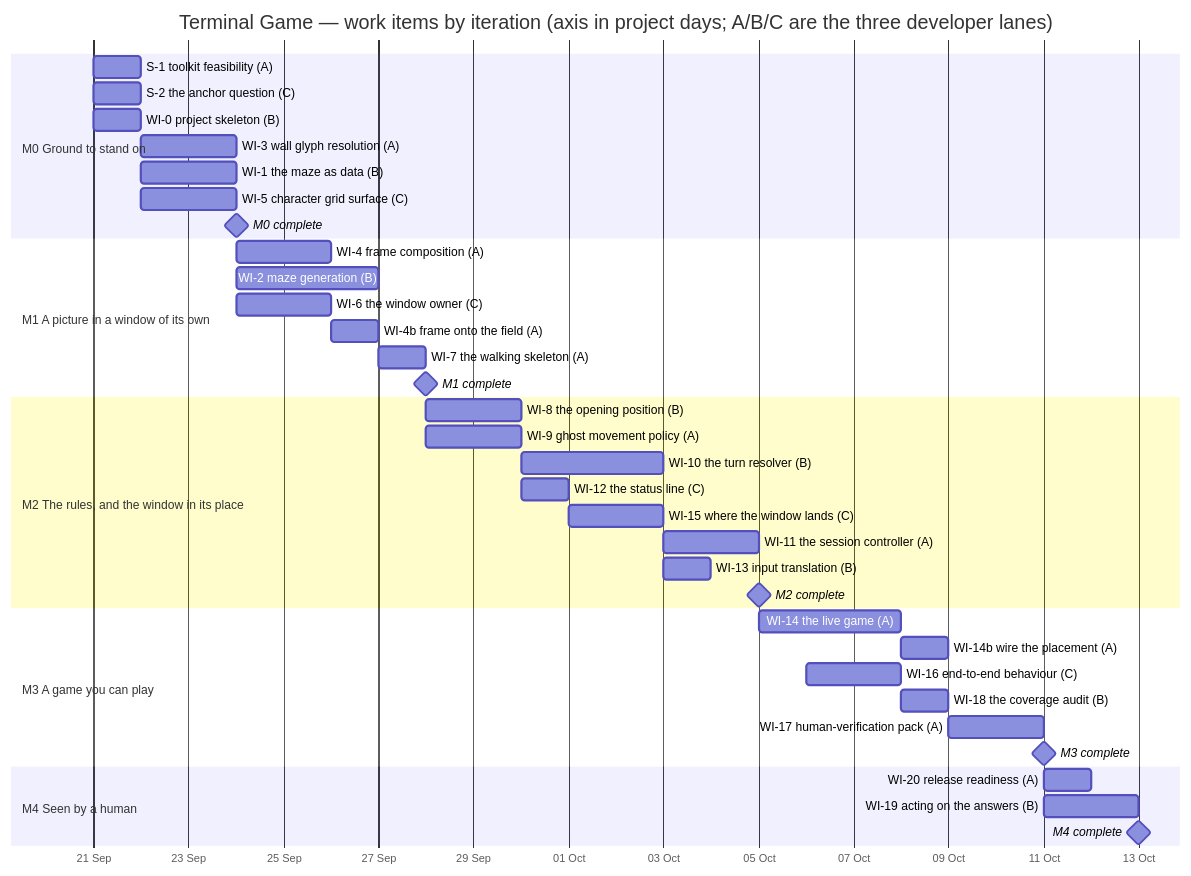
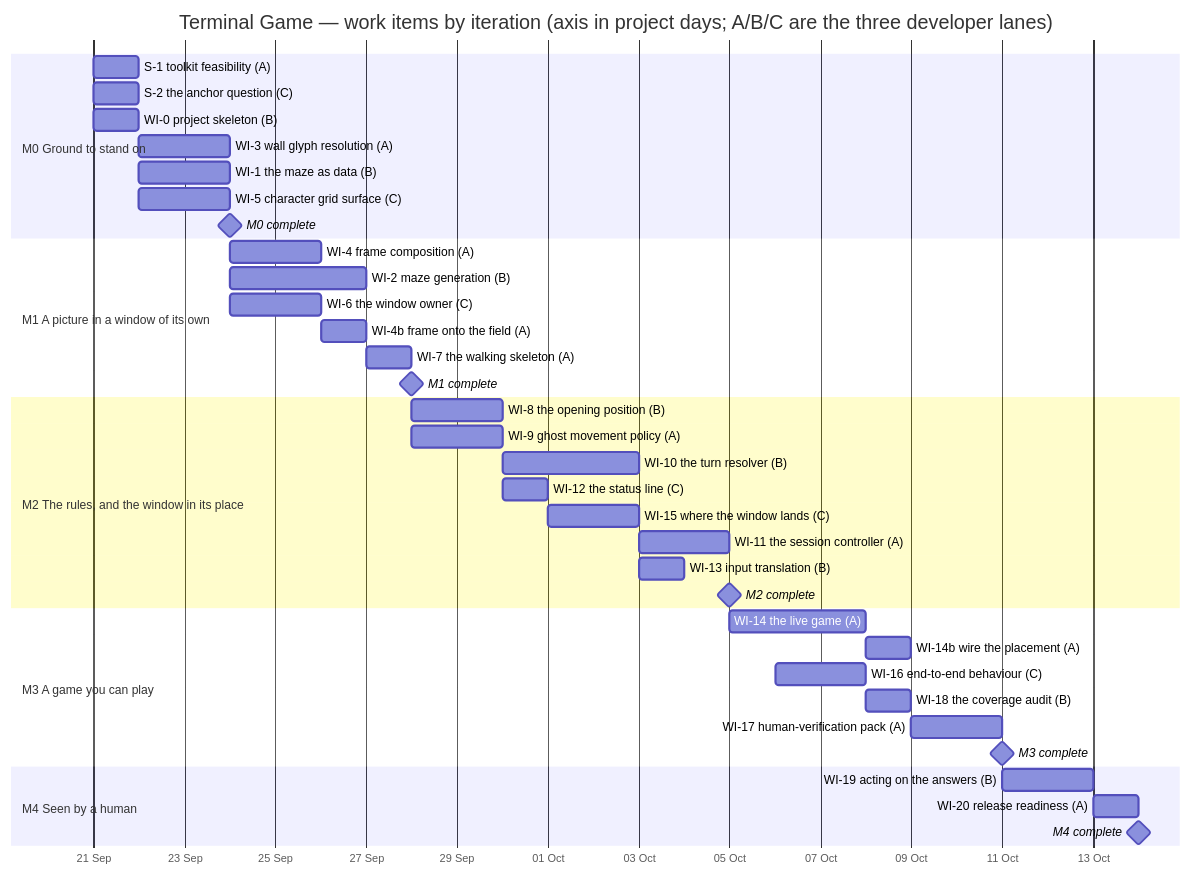
One commit to replicant1/NewTerminalGame changed the first of 2 diagrams in docs/IMPLEMENTATION_PLAN.md. Above: the diagram before and after it, drawn with Mermaid. The commit also changed other lines of this file and 1 other file, not shown here.

````diff
--- a/docs/IMPLEMENTATION_PLAN.md
+++ b/docs/IMPLEMENTATION_PLAN.md
@@ -1155,46 +1167,46 @@
 ```mermaid
 gantt
   title Terminal Game — work items by iteration (axis in project days; A/B/C are the three developer lanes)
   dateFormat YYYY-MM-DD
   axisFormat %d %b
 
   section M0 Ground to stand on
   S-1  toolkit feasibility (A)      :s1,   2026-09-21, 1d
   S-2  the anchor question (C)      :s2,   2026-09-21, 1d
   WI-0 project skeleton (B)         :wi0,  2026-09-21, 1d
   WI-3 wall glyph resolution (A)    :wi3,  2026-09-22, 2d
   WI-1 the maze as data (B)         :wi1,  2026-09-22, 2d
   WI-5 character grid surface (C)   :wi5,  2026-09-22, 2d
   M0 complete                       :milestone, m0, 2026-09-24, 0d
 
   section M1 A picture in a window of its own
   WI-4 frame composition (A)        :wi4,  2026-09-24, 2d
   WI-2 maze generation (B)          :wi2,  2026-09-24, 3d
   WI-6 the window owner (C)         :wi6,  2026-09-24, 2d
   WI-4b frame onto the field (A)    :wi4b, 2026-09-26, 1d
   WI-7 the walking skeleton (A)     :wi7,  2026-09-27, 1d
   M1 complete                       :milestone, m1, 2026-09-28, 0d
 
   section M2 The rules, and the window in its place
   WI-8  the opening position (B)    :wi8,  2026-09-28, 2d
   WI-9  ghost movement policy (A)   :wi9,  2026-09-28, 2d
   WI-10 the turn resolver (B)       :wi10, 2026-09-30, 3d
   WI-12 the status line (C)         :wi12, 2026-09-30, 1d
   WI-15 where the window lands (C)  :wi15, 2026-10-01, 2d
   WI-11 the session controller (A)  :wi11, 2026-10-03, 2d
   WI-13 input translation (B)       :wi13, 2026-10-03, 1d
   M2 complete                       :milestone, m2, 2026-10-05, 0d
 
   section M3 A game you can play
   WI-14 the live game (A)           :wi14, 2026-10-05, 3d
   WI-14b wire the placement (A)     :wi14b, 2026-10-08, 1d
   WI-16 end-to-end behaviour (C)    :wi16, 2026-10-06, 2d
   WI-18 the coverage audit (B)      :wi18, 2026-10-08, 1d
   WI-17 human-verification pack (A) :wi17, 2026-10-09, 2d
   M3 complete                       :milestone, m3, 2026-10-11, 0d
 
   section M4 Seen by a human
-  WI-20 release readiness (A)       :wi20, 2026-10-11, 1d
   WI-19 acting on the answers (B)   :wi19, 2026-10-11, 2d
-  M4 complete                       :milestone, m4, 2026-10-13, 0d
+  WI-20 release readiness (A)       :wi20, 2026-10-13, 1d
+  M4 complete                       :milestone, m4, 2026-10-14, 0d
 ```
````
